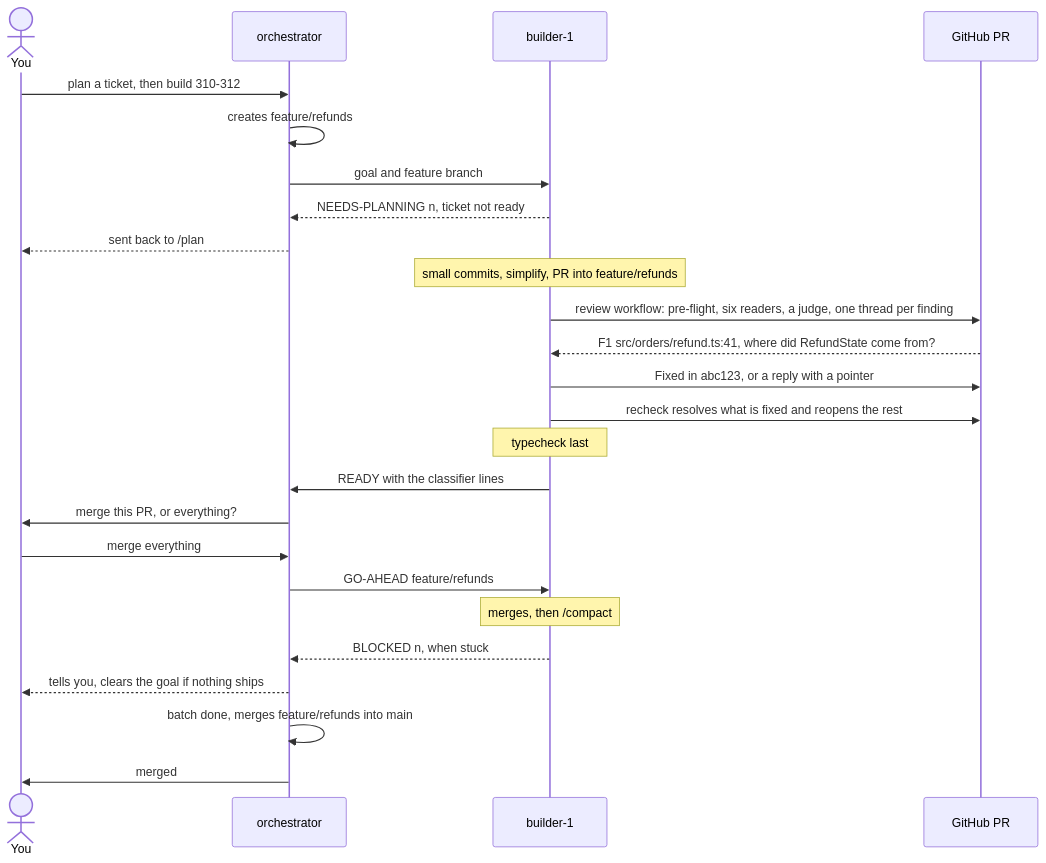
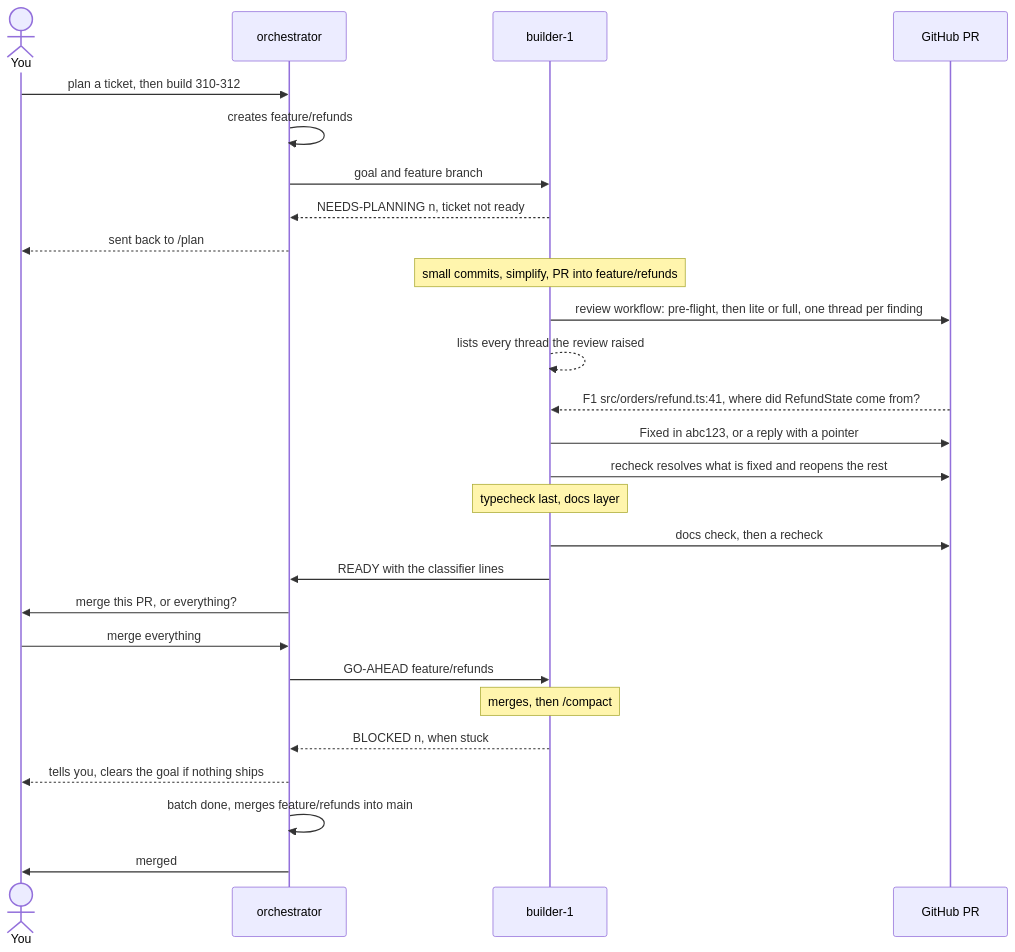
The diagram in README.md (outputty/claude-plugin), drawn with Mermaid before and after one commit. The commit also changed other lines of this file, not shown here.

First line of the commit message:
docs(readme): describe the review as it now runs

````diff
--- a/README.md
+++ b/README.md
@@ -11,27 +11,29 @@
 ```mermaid
 sequenceDiagram
     actor U as You
     participant O as orchestrator
     participant B as builder-1
     participant G as GitHub PR
     U->>O: plan a ticket, then build 310-312
     O->>O: creates feature/refunds
     O->>B: goal and feature branch
     B-->>O: NEEDS-PLANNING n, ticket not ready
     O-->>U: sent back to /plan
     Note over B: small commits, simplify, PR into feature/refunds
-    B->>G: review workflow: pre-flight, six readers, a judge, one thread per finding
+    B->>G: review workflow: pre-flight, then lite or full, one thread per finding
+    B-->>B: lists every thread the review raised
     G-->>B: F1 src/orders/refund.ts:41, where did RefundState come from?
     B->>G: Fixed in abc123, or a reply with a pointer
     B->>G: recheck resolves what is fixed and reopens the rest
-    Note over B: typecheck last
+    Note over B: typecheck last, docs layer
+    B->>G: docs check, then a recheck
     B->>O: READY with the classifier lines
     O->>U: merge this PR, or everything?
     U->>O: merge everything
     O->>B: GO-AHEAD feature/refunds
     Note over B: merges, then /compact
     B-->>O: BLOCKED n, when stuck
     O-->>U: tells you, clears the goal if nothing ships
     O->>O: batch done, merges feature/refunds into main
     O->>U: merged
 ```
````
